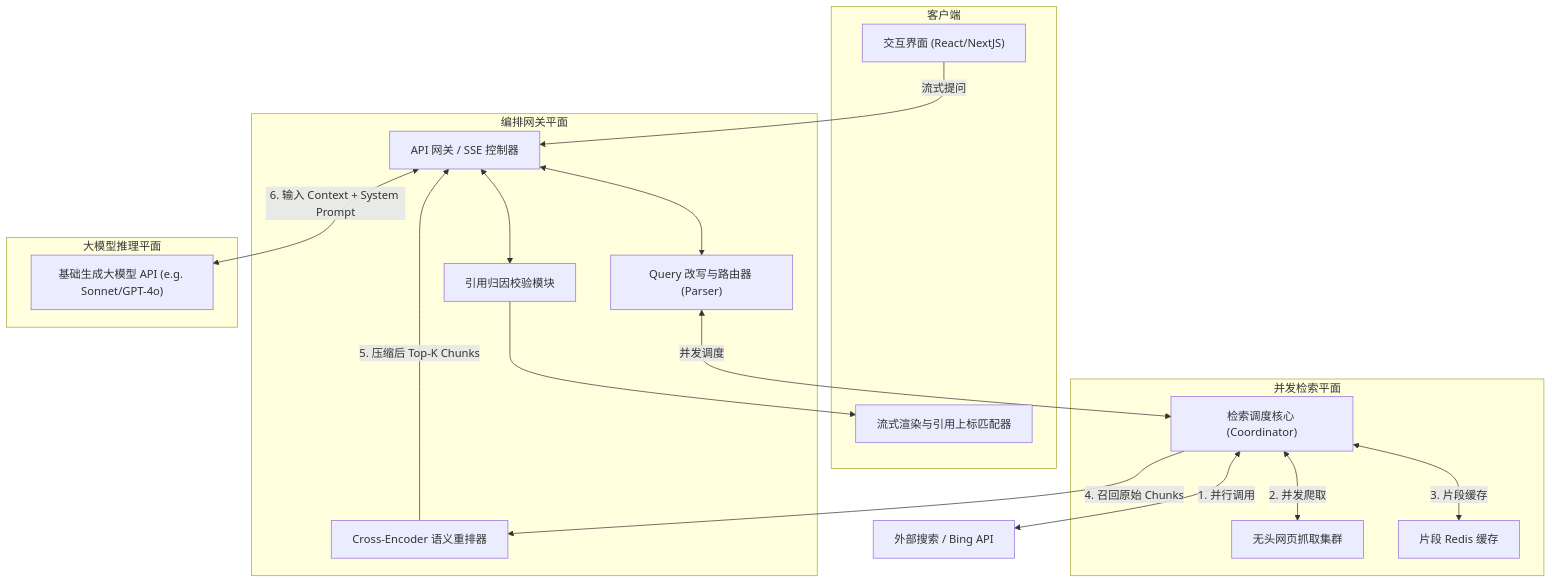
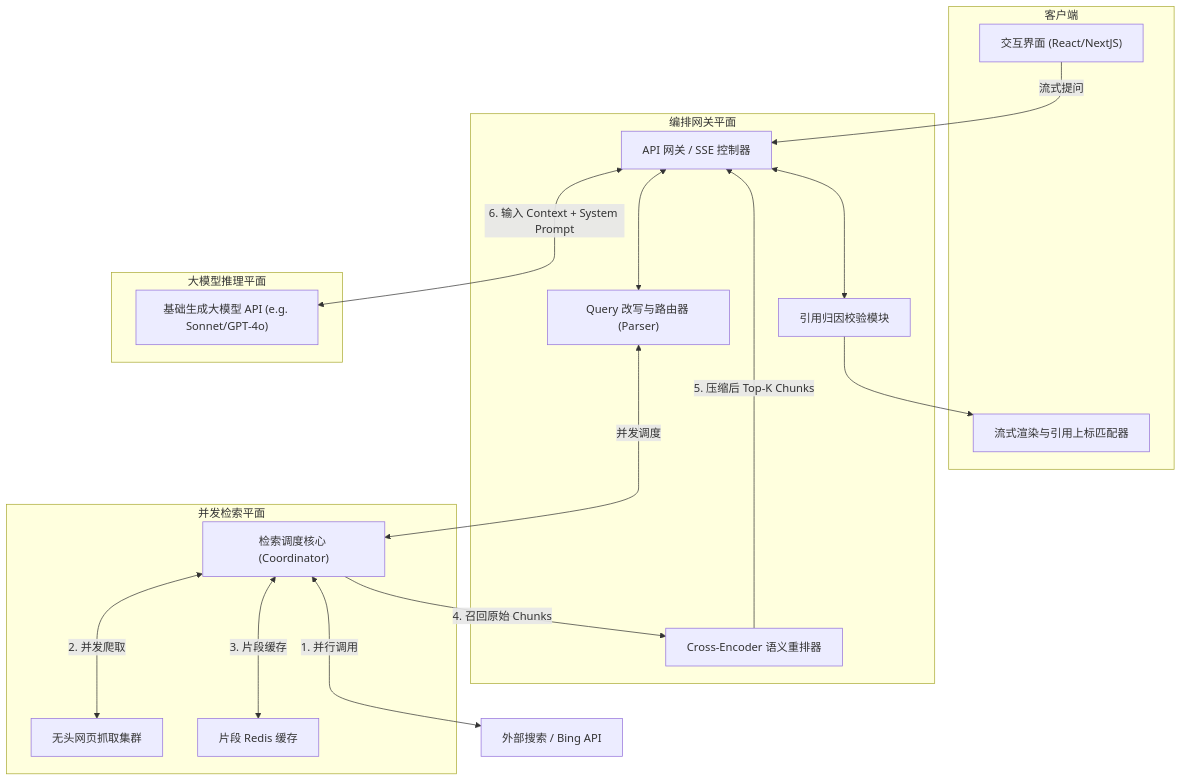
One commit to koosai/AI-Architect-Learning changed the third of 6 diagrams in docs/atlas/perplexity.mdx. Above: the diagram before and after it, drawn with Mermaid. The commit also changed 68 other files, not shown here.

Commit message:
fix(atlas): fix browser client-side Mermaid rendering for mindmaps and flowcharts across 67 case studies

````diff
--- a/docs/atlas/perplexity.mdx
+++ b/docs/atlas/perplexity.mdx
@@ -103,38 +103,38 @@
 ```mermaid
 graph TB
   subgraph ClientSide["客户端"]
     UI["交互界面 (React/NextJS)"]
     StreamReader["流式渲染与引用上标匹配器"]
   end
 
   subgraph OrchestrationCloud["编排网关平面"]
     APIGateway["API 网关 / SSE 控制器"]
     QueryRouter["Query 改写与路由器 (Parser)"]
     Reranker["Cross-Encoder 语义重排器"]
     Attributor["引用归因校验模块"]
   end
 
   subgraph ParallelSearch["并发检索平面"]
     Coordinator["检索调度核心 (Coordinator)"]
     ScraperPool["无头网页抓取集群"]
     SnippetCache["片段 Redis 缓存"]
   end
 
   subgraph LLMPlane["大模型推理平面"]
     BaseLLM["基础生成大模型 API (e.g. Sonnet/GPT-4o)"]
   end
 
   UI -->|流式提问| APIGateway
-  APIGateway <--> QueryRouter
-  QueryRouter <-->|并发调度| Coordinator
+  APIGateway <---> QueryRouter
+  QueryRouter <--->|并发调度| Coordinator
   
-  Coordinator <-->|1. 并行调用| WebSearch["外部搜索 / Bing API"]
-  Coordinator <-->|2. 并发爬取| ScraperPool
-  Coordinator <-->|3. 片段缓存| SnippetCache
+  Coordinator <--->|1. 并行调用| WebSearch["外部搜索 / Bing API"]
+  Coordinator <--->|2. 并发爬取| ScraperPool
+  Coordinator <--->|3. 片段缓存| SnippetCache
   
   Coordinator -->|4. 召回原始 Chunks| Reranker
   Reranker -->|5. 压缩后 Top-K Chunks| APIGateway
-  APIGateway <-->|6. 输入 Context + System Prompt| BaseLLM
-  APIGateway <--> Attributor
+  APIGateway <--->|6. 输入 Context + System Prompt| BaseLLM
+  APIGateway <---> Attributor
   Attributor --> StreamReader
 ```
````
